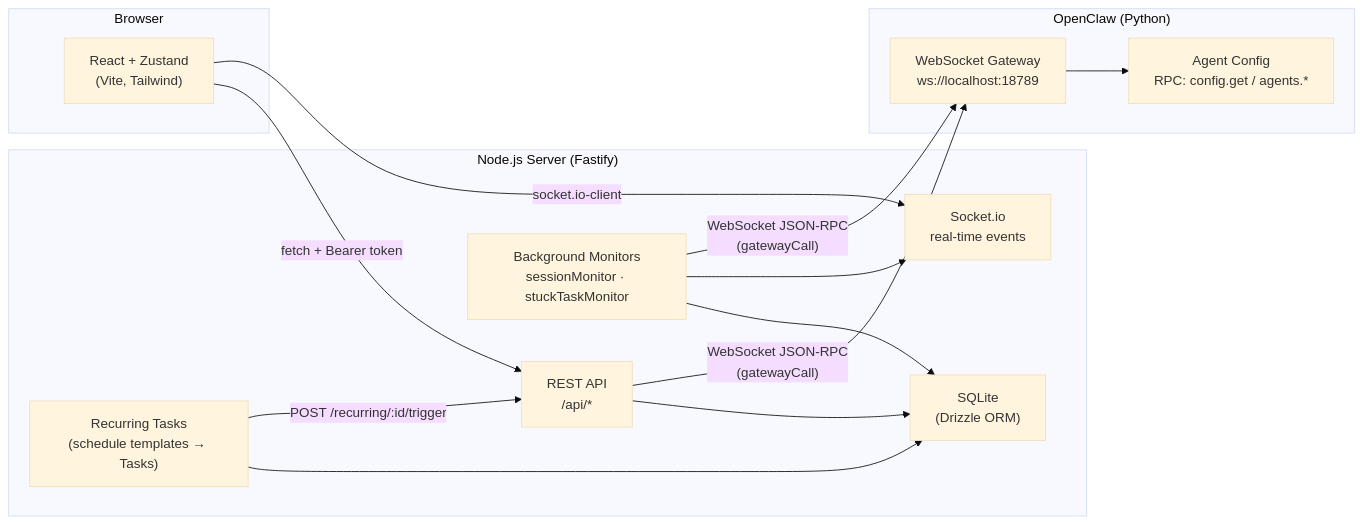
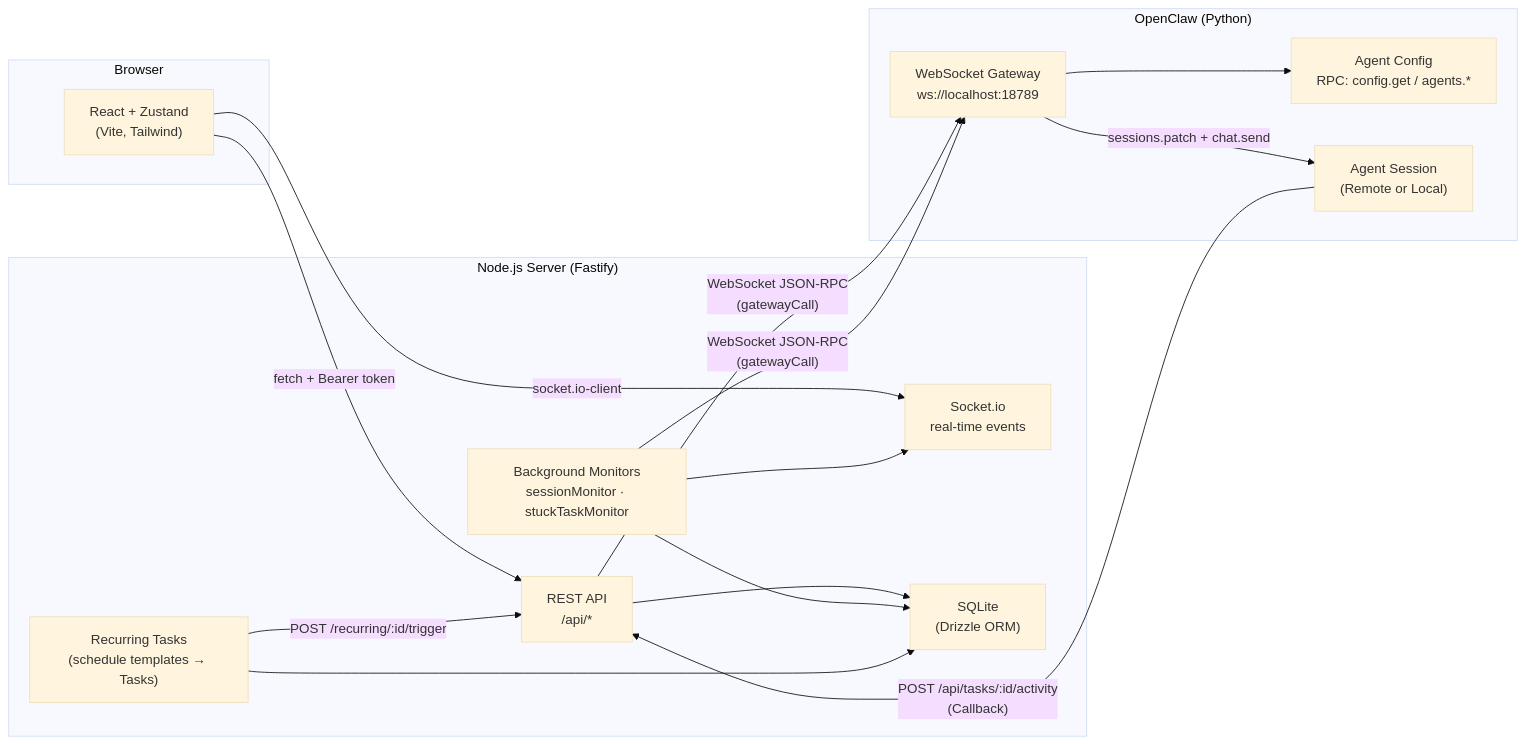
Before and after one commit to radekstepan/claw-pilot: the diagram in README.md, drawn with Mermaid (base theme). The commit also changed other lines of this file and 4 other files, not shown here.

````diff
--- a/README.md
+++ b/README.md
@@ -11,30 +11,33 @@
 ```mermaid
 graph LR
     subgraph Browser
         UI["React + Zustand\n(Vite, Tailwind)"]
     end
 
     subgraph "Node.js Server (Fastify)"
         API["REST API\n/api/*"]
         WS["Socket.io\nreal-time events"]
         DB["SQLite\n(Drizzle ORM)"]
         MON["Background Monitors\nsessionMonitor · stuckTaskMonitor"]
         CRON["Recurring Tasks\n(schedule templates → Tasks)"]
     end
 
     subgraph "OpenClaw (Python)"
         GW["WebSocket Gateway\nws://localhost:18789"]
         CFG["Agent Config\nRPC: config.get / agents.*"]
+        AGENT["Agent Session\n(Remote or Local)"]
     end
 
     UI -- "fetch + Bearer token" --> API
     UI -- "socket.io-client" --> WS
     API --> DB
     MON --> DB
     MON --> WS
     CRON --> DB
     CRON -- "POST /recurring/:id/trigger" --> API
     API -- "WebSocket JSON-RPC\n(gatewayCall)" --> GW
     MON -- "WebSocket JSON-RPC\n(gatewayCall)" --> GW
     GW --> CFG
+    GW -- "sessions.patch + chat.send" --> AGENT
+    AGENT -- "POST /api/tasks/:id/activity\n(Callback)" --> API
 ```
````
